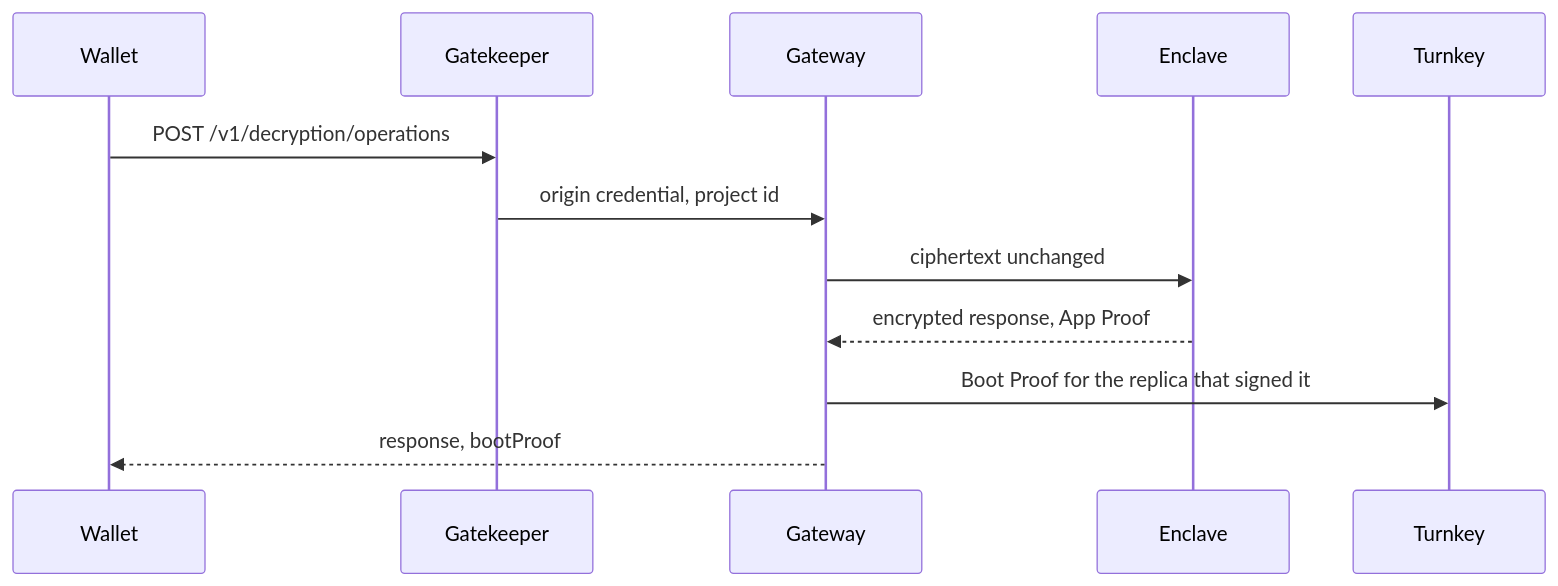
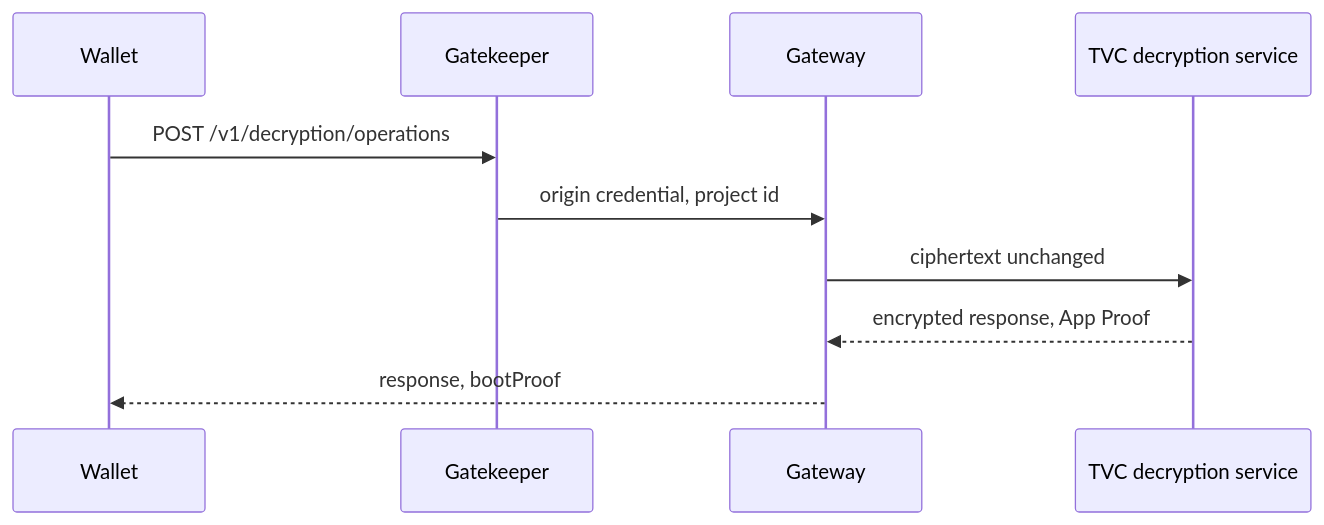
One commit to helius-labs/spr-tvc changed the second of 3 diagrams in docs/spec.md. Above: the diagram before and after it, drawn with Mermaid. The commit also changed other lines of this file and 57 other files, not shown here.

````diff
--- a/docs/spec.md
+++ b/docs/spec.md
@@ -80,15 +79,13 @@
 ```mermaid
 sequenceDiagram
     participant Wallet
     participant Gatekeeper
     participant Gateway
-    participant Enclave
-    participant Turnkey
+    participant Service as TVC decryption service
 
     Wallet->>Gatekeeper: POST /v1/decryption/operations
     Gatekeeper->>Gateway: origin credential, project id
-    Gateway->>Enclave: ciphertext unchanged
-    Enclave-->>Gateway: encrypted response, App Proof
-    Gateway->>Turnkey: Boot Proof for the replica that signed it
+    Gateway->>Service: ciphertext unchanged
+    Service-->>Gateway: encrypted response, App Proof
     Gateway-->>Wallet: response, bootProof
 ```
````
